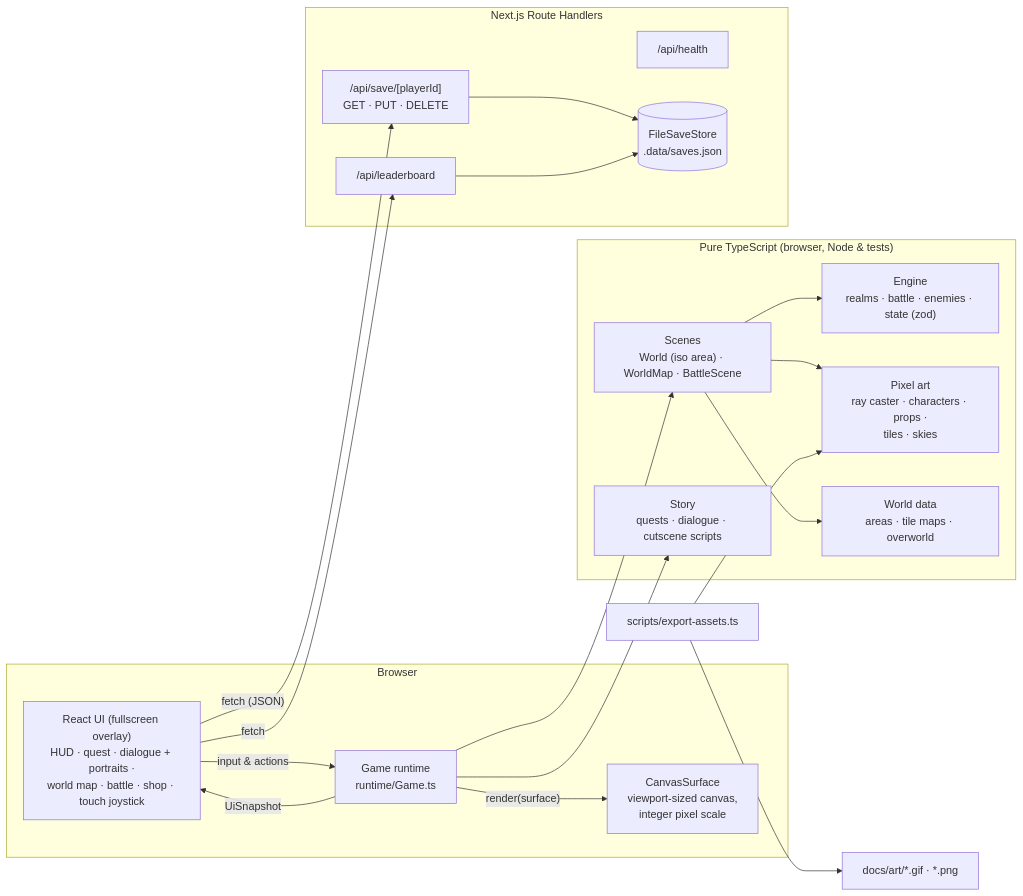
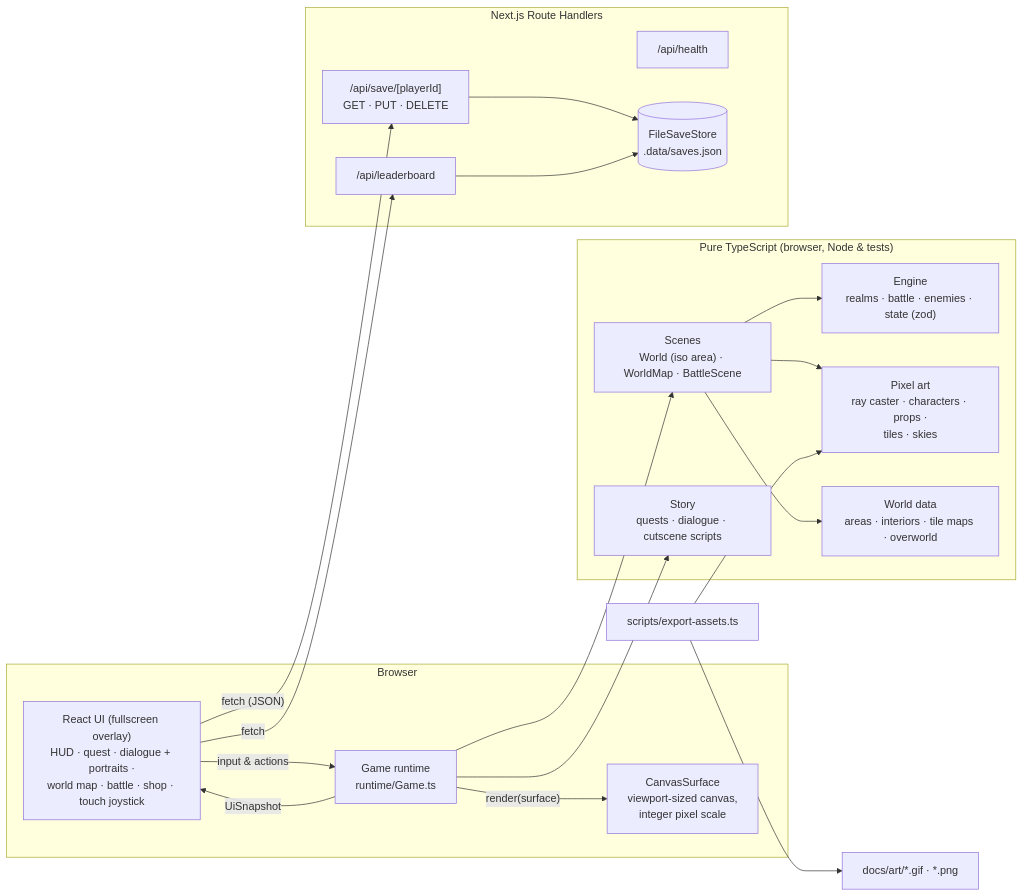
The seventh of 12 diagrams in README.md (jgyy/pixelop), drawn with Mermaid before and after one commit. The commit also changed other lines of this file and 31 other files, not shown here.

````diff
--- a/README.md
+++ b/README.md
@@ -219,38 +276,38 @@
 ```mermaid
 flowchart LR
   subgraph Browser
     UI["React UI (fullscreen overlay)<br/>HUD · quest · dialogue + portraits ·<br/>world map · battle · shop · touch joystick"]
     RT["Game runtime<br/>runtime/Game.ts"]
     CS["CanvasSurface<br/>viewport-sized canvas,<br/>integer pixel scale"]
     UI -- "input & actions" --> RT
     RT -- "UiSnapshot" --> UI
     RT -- "render(surface)" --> CS
   end
 
   subgraph Pure["Pure TypeScript (browser, Node & tests)"]
     SC["Scenes<br/>World (iso area) · WorldMap · BattleScene"]
     ST["Story<br/>quests · dialogue · cutscene scripts"]
     ENG["Engine<br/>realms · battle · enemies · state (zod)"]
     ART["Pixel art<br/>ray caster · characters · props ·<br/>tiles · skies"]
-    WD["World data<br/>areas · tile maps · overworld"]
+    WD["World data<br/>areas · interiors · tile maps · overworld"]
   end
 
   subgraph Server["Next.js Route Handlers"]
     SAVE["/api/save/[playerId]<br/>GET · PUT · DELETE"]
     LB["/api/leaderboard"]
     HL["/api/health"]
     STORE[("FileSaveStore<br/>.data/saves.json")]
     SAVE --> STORE
     LB --> STORE
   end
 
   RT --> SC
   RT --> ST
   SC --> ENG
   SC --> ART
   SC --> WD
   UI -- "fetch (JSON)" --> SAVE
   UI -- fetch --> LB
   EXP["scripts/export-assets.ts"] --> ART
   EXP --> GIF["docs/art/*.gif · *.png"]
 ```
````
